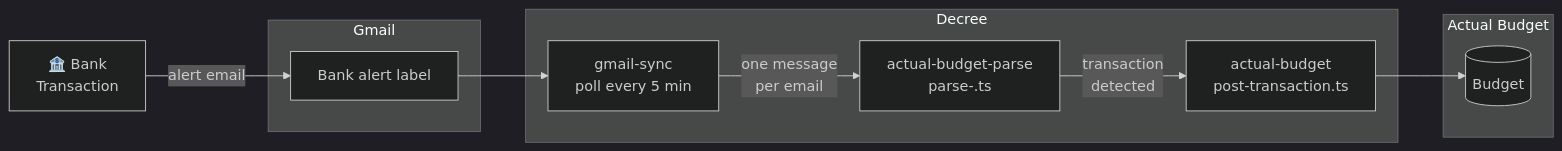
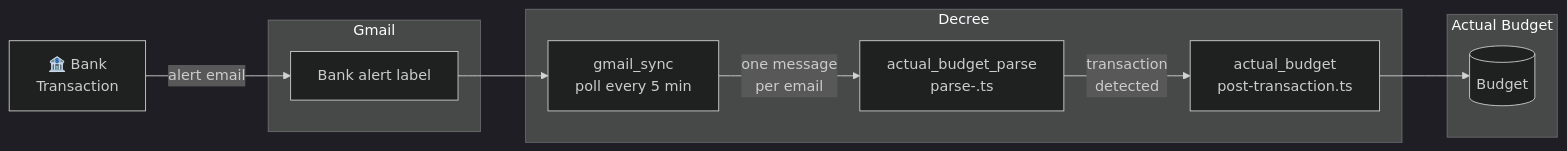
Before and after one commit to jtmckay/existential: the diagram in site/docs/flows/transaction-gmail-actual-budget.md, drawn with Mermaid (dark theme). The commit also changed other lines of this file and 108 other files, not shown here.

````diff
--- a/site/docs/flows/transaction-gmail-actual-budget.md
+++ b/site/docs/flows/transaction-gmail-actual-budget.md
@@ -9,23 +9,23 @@
 ```mermaid
 flowchart LR
     A["🏦 Bank\nTransaction"] -->|alert email| B
 
     subgraph gmail["Gmail"]
         B["Bank alert label"]
     end
 
     subgraph decree["Decree"]
-        C["gmail-sync\npoll every 5 min"]
-        D["actual-budget-parse\nparse-<bank>.ts"]
-        E["actual-budget\npost-transaction.ts"]
+        C["gmail_sync\npoll every 5 min"]
+        D["actual_budget_parse\nparse-<bank>.ts"]
+        E["actual_budget\npost-transaction.ts"]
         C -->|"one message\nper email"| D
         D -->|"transaction\ndetected"| E
     end
 
     subgraph ab["Actual Budget"]
         F[("Budget")]
     end
 
     B --> C
     E --> F
 ```
````
